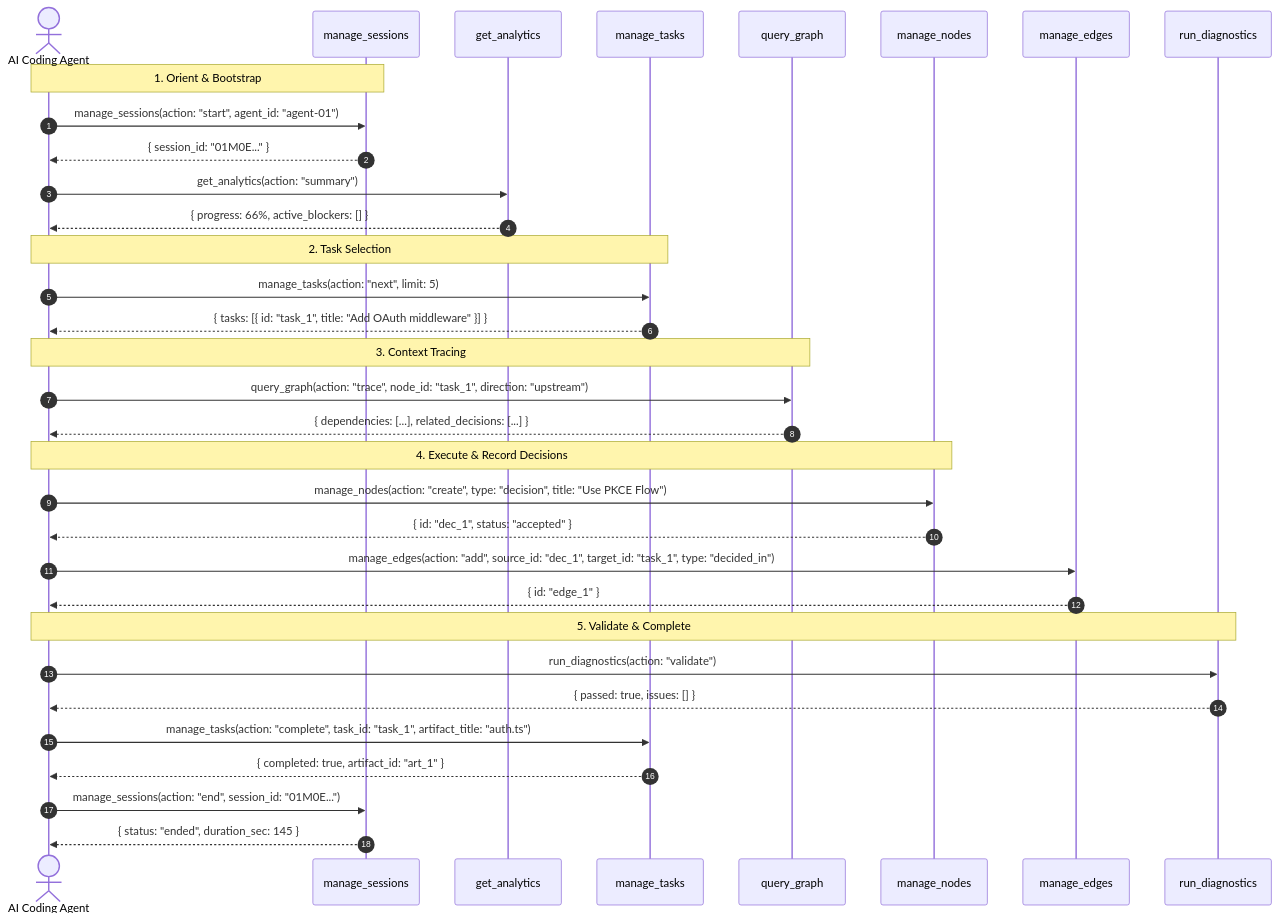
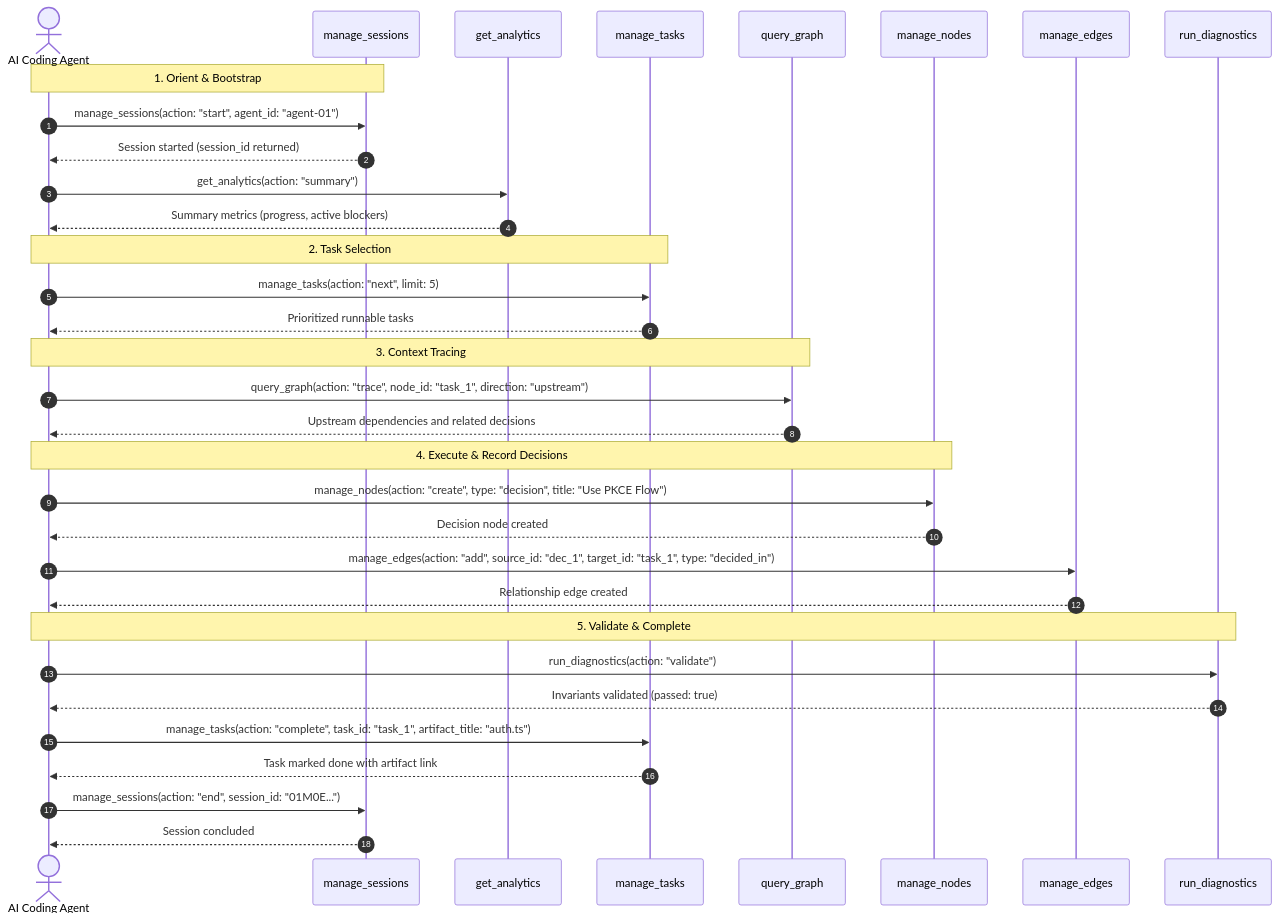
The third of 3 diagrams in docs/codebase-distillation.md (putervision/state-memory-mcp), drawn with Mermaid before and after one commit. The commit also changed other lines of this file, not shown here.

Commit message:
docs: simplify Node model definitions and generalize Mermaid sequence diagram responses

````diff
--- a/docs/codebase-distillation.md
+++ b/docs/codebase-distillation.md
@@ -242,40 +242,40 @@
 ```mermaid
 sequenceDiagram
     autonumber
     actor Agent as AI Coding Agent
     participant S as manage_sessions
     participant A as get_analytics
     participant T as manage_tasks
     participant Q as query_graph
     participant N as manage_nodes
     participant E as manage_edges
     participant D as run_diagnostics
 
     Note over Agent,S: 1. Orient & Bootstrap
     Agent->>S: manage_sessions(action: "start", agent_id: "agent-01")
-    S-->>Agent: { session_id: "01M0E..." }
+    S-->>Agent: Session started (session_id returned)
     Agent->>A: get_analytics(action: "summary")
-    A-->>Agent: { progress: 66%, active_blockers: [] }
+    A-->>Agent: Summary metrics (progress, active blockers)
 
     Note over Agent,T: 2. Task Selection
     Agent->>T: manage_tasks(action: "next", limit: 5)
-    T-->>Agent: { tasks: [{ id: "task_1", title: "Add OAuth middleware" }] }
+    T-->>Agent: Prioritized runnable tasks
 
     Note over Agent,Q: 3. Context Tracing
     Agent->>Q: query_graph(action: "trace", node_id: "task_1", direction: "upstream")
-    Q-->>Agent: { dependencies: [...], related_decisions: [...] }
+    Q-->>Agent: Upstream dependencies and related decisions
 
     Note over Agent,N: 4. Execute & Record Decisions
     Agent->>N: manage_nodes(action: "create", type: "decision", title: "Use PKCE Flow")
-    N-->>Agent: { id: "dec_1", status: "accepted" }
+    N-->>Agent: Decision node created
     Agent->>E: manage_edges(action: "add", source_id: "dec_1", target_id: "task_1", type: "decided_in")
-    E-->>Agent: { id: "edge_1" }
+    E-->>Agent: Relationship edge created
 
     Note over Agent,D: 5. Validate & Complete
     Agent->>D: run_diagnostics(action: "validate")
-    D-->>Agent: { passed: true, issues: [] }
+    D-->>Agent: Invariants validated (passed: true)
     Agent->>T: manage_tasks(action: "complete", task_id: "task_1", artifact_title: "auth.ts")
-    T-->>Agent: { completed: true, artifact_id: "art_1" }
+    T-->>Agent: Task marked done with artifact link
     Agent->>S: manage_sessions(action: "end", session_id: "01M0E...")
-    S-->>Agent: { status: "ended", duration_sec: 145 }
+    S-->>Agent: Session concluded
 ```
````
